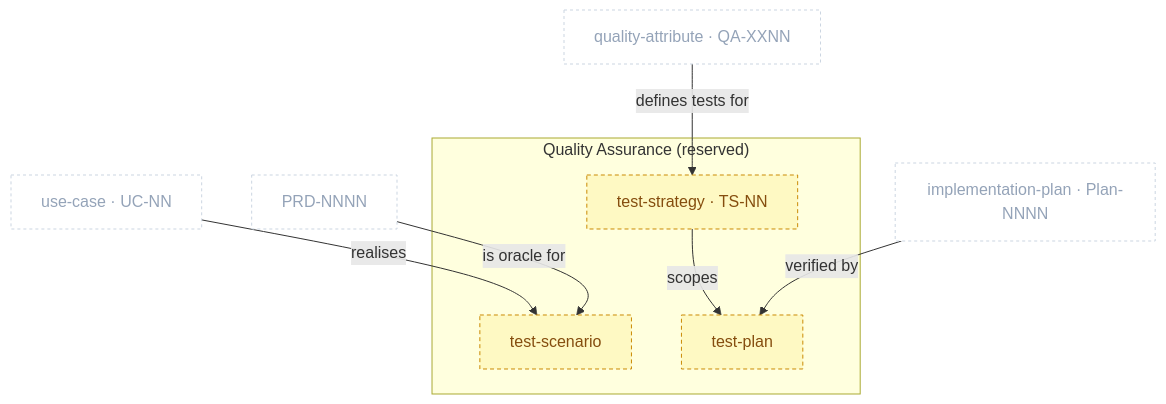
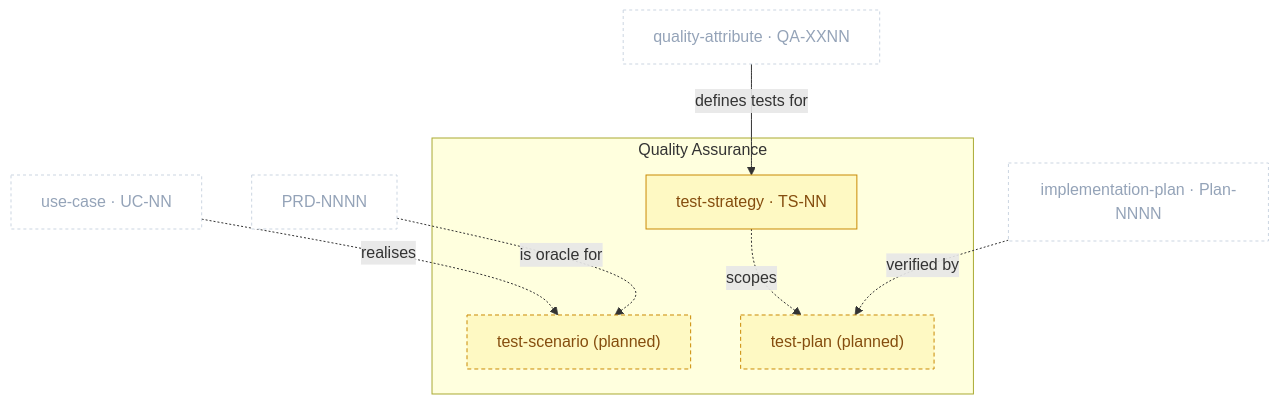
Before and after one commit to VictorHueni/clew: the diagram in docs/metamodel/packages/quality-assurance.md, drawn with Mermaid. The commit also changed other lines of this file and 1 other file, not shown here.

First line of the commit message:
Activate test_strategy in the Quality Assurance package

````diff
--- a/docs/metamodel/packages/quality-assurance.md
+++ b/docs/metamodel/packages/quality-assurance.md
@@ -24,22 +26,23 @@
 ```mermaid
 flowchart TD
-    classDef qa  fill:#FEF9C3,stroke:#CA8A04,color:#854D0E,stroke-dasharray:4 3
-    classDef ext fill:#ffffff,stroke:#cbd5e1,color:#94a3b8,stroke-dasharray:3 3
+    classDef qa      fill:#FEF9C3,stroke:#CA8A04,color:#854D0E
+    classDef planned fill:#FEF9C3,stroke:#CA8A04,color:#854D0E,stroke-dasharray:4 3
+    classDef ext     fill:#ffffff,stroke:#cbd5e1,color:#94a3b8,stroke-dasharray:3 3
 
     QAT["quality-attribute · QA-XXNN"]:::ext
     UC["use-case · UC-NN"]:::ext
     PRD["PRD-NNNN"]:::ext
     PLAN["implementation-plan · Plan-NNNN"]:::ext
 
-    subgraph QA["Quality Assurance (reserved)"]
+    subgraph QA["Quality Assurance"]
         TS["test-strategy · TS-NN"]:::qa
-        TSC["test-scenario"]:::qa
-        TP["test-plan"]:::qa
+        TSC["test-scenario (planned)"]:::planned
+        TP["test-plan (planned)"]:::planned
     end
 
-    TS -->|"scopes"| TP
+    TS -.->|"scopes"| TP
     QAT -->|"defines tests for"| TS
-    UC -->|"realises"| TSC
-    PRD -->|"is oracle for"| TSC
-    PLAN -->|"verified by"| TP
+    UC -.->|"realises"| TSC
+    PRD -.->|"is oracle for"| TSC
+    PLAN -.->|"verified by"| TP
 ```
````
